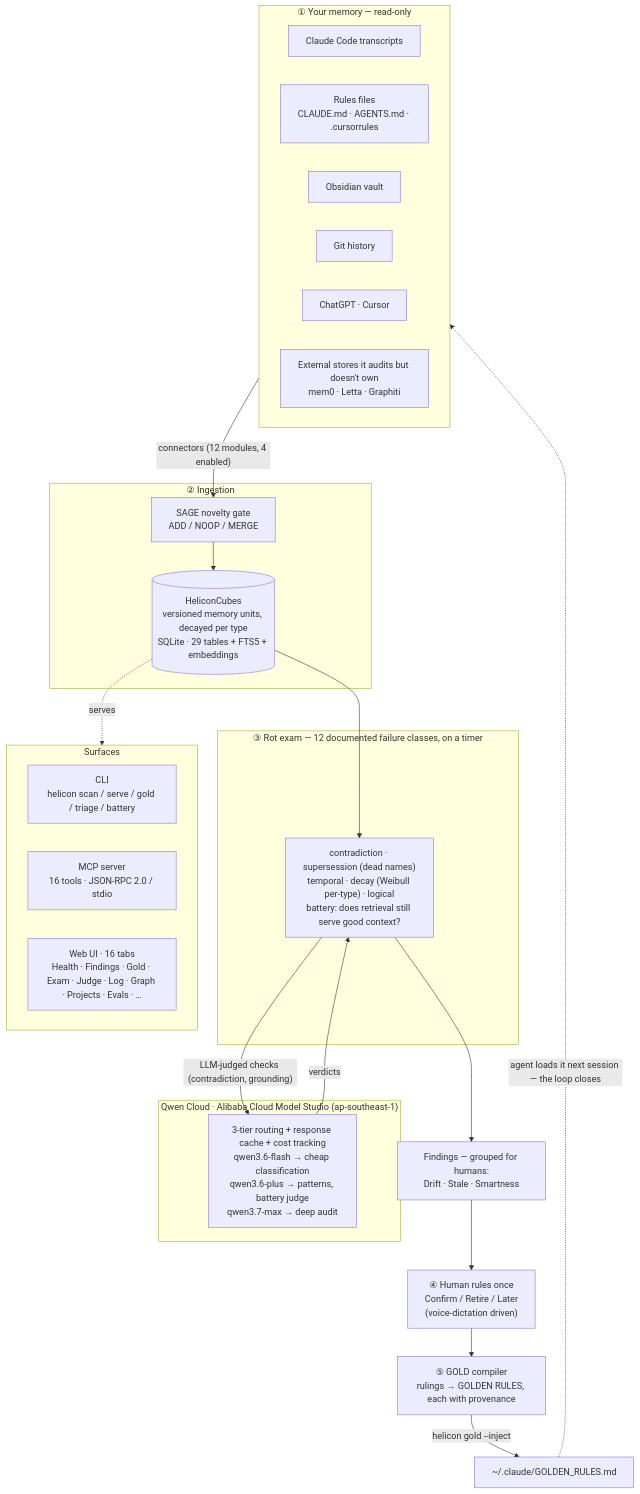
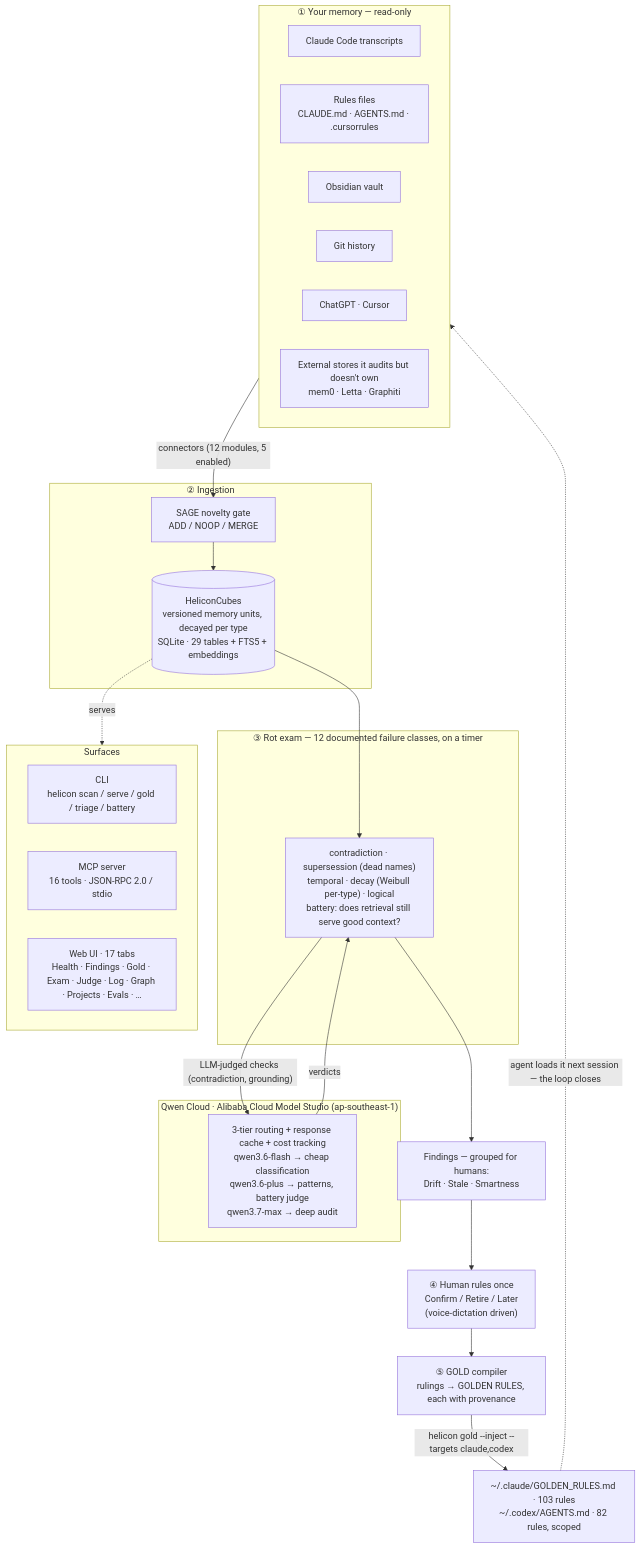
Before and after one commit to Morkeeth/mountain-of-helicon: the first of 2 diagrams in ARCHITECTURE.md, drawn with Mermaid.

Commit message:
architecture: the diagram now shows two consumers, not one
My own change drifted this file the moment it landed: connectors went
4 enabled -> 5, and the inject arrow still pointed at ~/.claude alone
while the compiler had already started writing ~/.codex/AGENTS.md too.
Also re-fixes the 16->17 web tabs, which reverted after the last pass.

Closing the loop at write time is the rule; this is the session that
changed the thing, so this is the session that updates what asserts it.

````diff
--- a/ARCHITECTURE.md
+++ b/ARCHITECTURE.md
@@ -11,45 +11,45 @@
 ```mermaid
 flowchart TD
   subgraph SRC["① Your memory — read-only"]
     A1["Claude Code transcripts"]
     A2["Rules files<br/>CLAUDE.md · AGENTS.md · .cursorrules"]
     A3["Obsidian vault"]
     A4["Git history"]
     A5["ChatGPT · Cursor"]
     A6["External stores it audits but doesn't own<br/>mem0 · Letta · Graphiti"]
   end
 
-  SRC -->|"connectors (12 modules, 4 enabled)"| GATE
+  SRC -->|"connectors (12 modules, 5 enabled)"| GATE
 
   subgraph INGEST["② Ingestion"]
     GATE["SAGE novelty gate<br/>ADD / NOOP / MERGE"]
     CUBES[("HeliconCubes<br/>versioned memory units, decayed per type<br/>SQLite · 29 tables + FTS5 + embeddings")]
     GATE --> CUBES
   end
 
   CUBES --> EXAM
 
   subgraph AUDIT["③ Rot exam — 12 documented failure classes, on a timer"]
     EXAM["contradiction · supersession (dead names)<br/>temporal · decay (Weibull per-type) · logical<br/>battery: does retrieval still serve good context?"]
   end
 
   EXAM -->|"LLM-judged checks (contradiction, grounding)"| QWEN
   QWEN -->|verdicts| EXAM
 
   subgraph QWENC["Qwen Cloud · Alibaba Cloud Model Studio (ap-southeast-1)"]
     QWEN["3-tier routing + response cache + cost tracking<br/>qwen3.6-flash → cheap classification<br/>qwen3.6-plus → patterns, battery judge<br/>qwen3.7-max → deep audit"]
   end
 
   EXAM --> FIND["Findings — grouped for humans:<br/>Drift · Stale · Smartness"]
   FIND --> HUMAN["④ Human rules once<br/>Confirm / Retire / Later<br/>(voice-dictation driven)"]
   HUMAN --> GOLD["⑤ GOLD compiler<br/>rulings → GOLDEN RULES, each with provenance"]
-  GOLD -->|"helicon gold --inject"| INJECT["~/.claude/GOLDEN_RULES.md"]
+  GOLD -->|"helicon gold --inject --targets claude,codex"| INJECT["~/.claude/GOLDEN_RULES.md · 103 rules<br/>~/.codex/AGENTS.md · 82 rules, scoped"]
   INJECT -.->|"agent loads it next session — the loop closes"| SRC
 
   CUBES -.serves.-> SURF
   subgraph SURF["Surfaces"]
     CLI["CLI<br/>helicon scan / serve / gold / triage / battery"]
     MCP["MCP server<br/>16 tools · JSON-RPC 2.0 / stdio"]
-    WEB["Web UI · 16 tabs<br/>Health · Findings · Gold · Exam · Judge · Log · Graph · Projects · Evals · …"]
+    WEB["Web UI · 17 tabs<br/>Health · Findings · Gold · Exam · Judge · Log · Graph · Projects · Evals · …"]
   end
 ```
````
